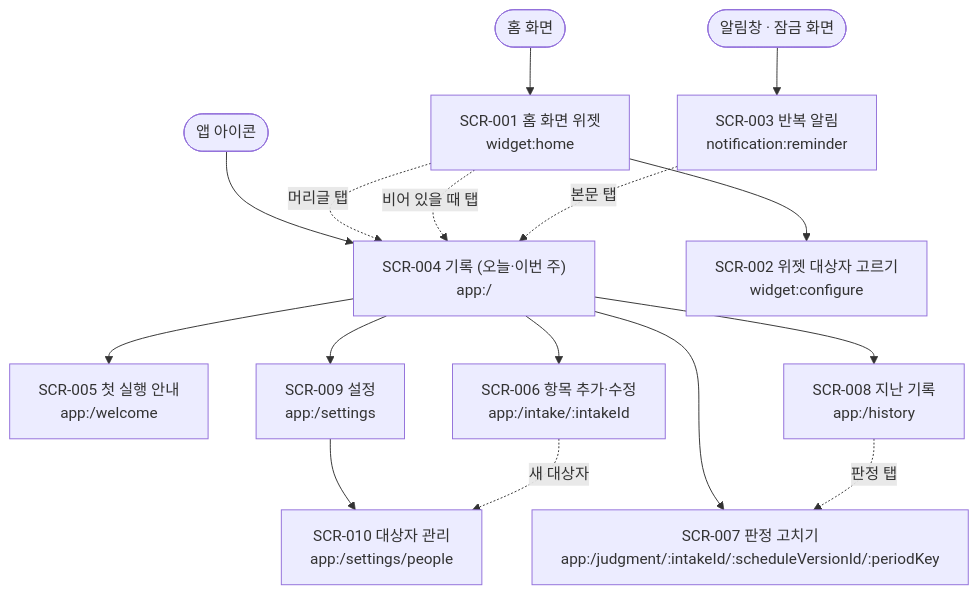
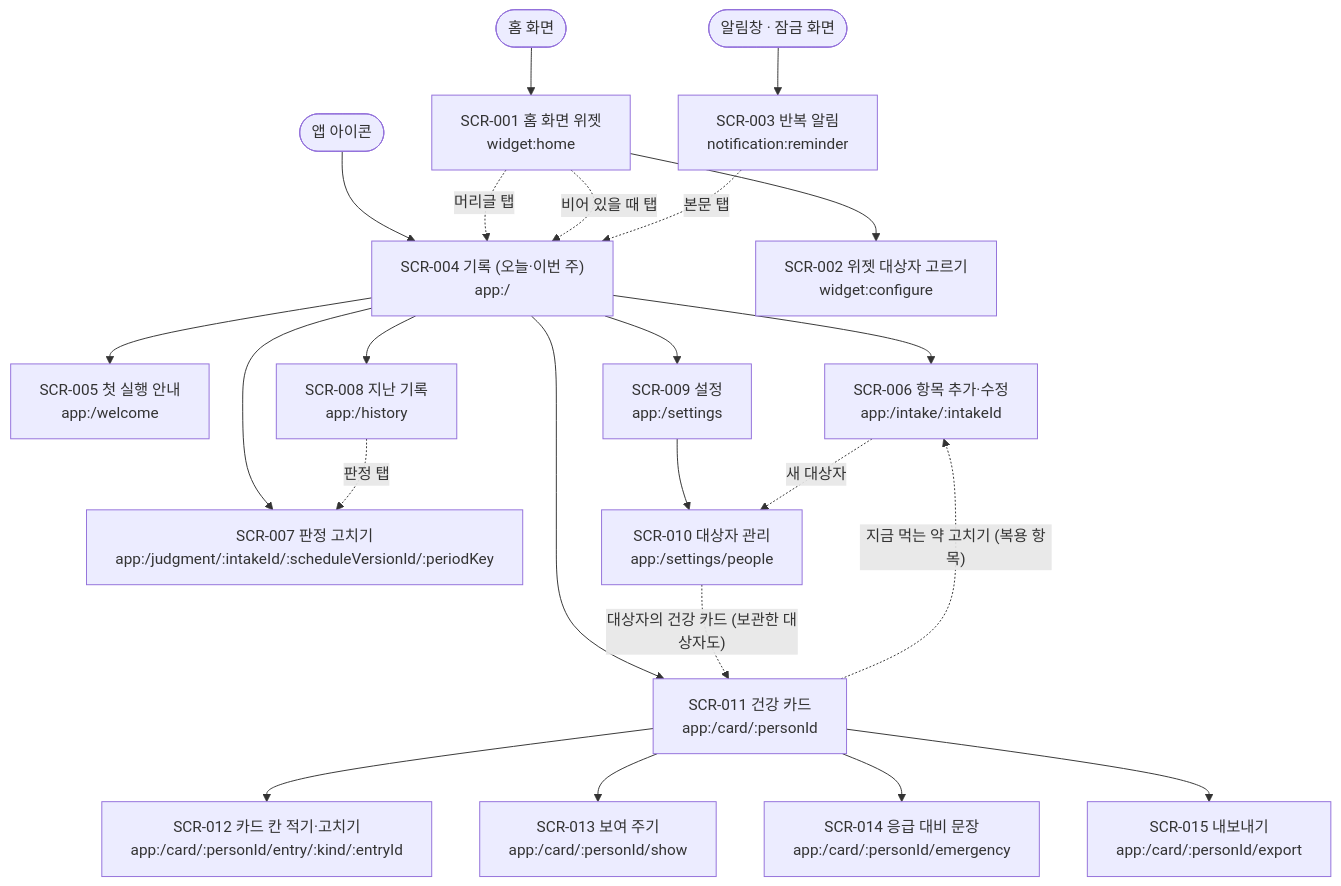
Before and after one commit to judangbang-ops/pillbadeum_release: the diagram in docs/05-ui/screens.md, drawn with Mermaid. The commit also changed other lines of this file and 8 other files, not shown here.

````diff
--- a/docs/05-ui/screens.md
+++ b/docs/05-ui/screens.md
@@ -22,18 +23,25 @@
 ```mermaid
 flowchart TD
     widget(["홈 화면"]) --> SCR001["SCR-001 홈 화면 위젯<br/>widget:home"]
     notification(["알림창 · 잠금 화면"]) --> SCR003["SCR-003 반복 알림<br/>notification:reminder"]
     app(["앱 아이콘"]) --> SCR004["SCR-004 기록 (오늘·이번 주)<br/>app:/"]
     SCR001 --> SCR002["SCR-002 위젯 대상자 고르기<br/>widget:configure"]
     SCR004 --> SCR005["SCR-005 첫 실행 안내<br/>app:/welcome"]
     SCR004 --> SCR006["SCR-006 항목 추가·수정<br/>app:/intake/:intakeId"]
     SCR004 --> SCR007["SCR-007 판정 고치기<br/>app:/judgment/:intakeId/:scheduleVersionId/:periodKey"]
     SCR004 --> SCR008["SCR-008 지난 기록<br/>app:/history"]
+    SCR004 --> SCR011["SCR-011 건강 카드<br/>app:/card/:personId"]
+    SCR011 --> SCR012["SCR-012 카드 칸 적기·고치기<br/>app:/card/:personId/entry/:kind/:entryId"]
+    SCR011 --> SCR013["SCR-013 보여 주기<br/>app:/card/:personId/show"]
+    SCR011 --> SCR014["SCR-014 응급 대비 문장<br/>app:/card/:personId/emergency"]
+    SCR011 --> SCR015["SCR-015 내보내기<br/>app:/card/:personId/export"]
     SCR004 --> SCR009["SCR-009 설정<br/>app:/settings"]
     SCR009 --> SCR010["SCR-010 대상자 관리<br/>app:/settings/people"]
     SCR001 -. "머리글 탭" .-> SCR004
     SCR001 -. "비어 있을 때 탭" .-> SCR004
     SCR003 -. "본문 탭" .-> SCR004
     SCR006 -. "새 대상자" .-> SCR010
     SCR008 -. "판정 탭" .-> SCR007
+    SCR011 -. "지금 먹는 약 고치기 (복용 항목)" .-> SCR006
+    SCR010 -. "대상자의 건강 카드 (보관한 대상자도)" .-> SCR011
 ```
````
